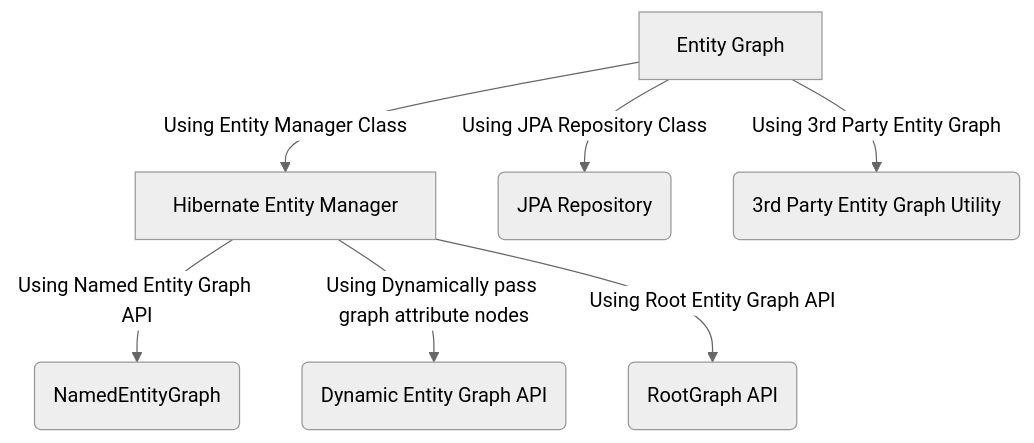
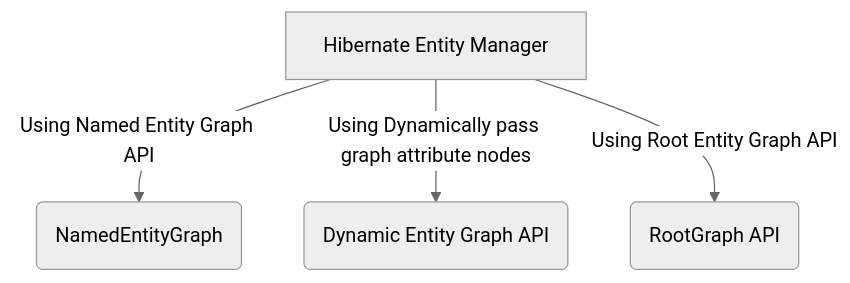
Before and after one commit to mkblogs/hibernate-entity-graph: the second of 2 diagrams in README.md, drawn with Mermaid (neutral theme).

````diff
--- a/README.md
+++ b/README.md
@@ -28,10 +28,7 @@
 ```mermaid
 graph TD
-	A[Entity Graph] -->|Using Entity Manager Class | B(Hibernate Entity Manager )
-	A[Entity Graph] -->|Using JPA Repository Class | C(JPA Repository )
-	A[Entity Graph] -->|Using 3rd Party Entity Graph | D(3rd Party Entity Graph Utility )
-	
-	B[Hibernate Entity Manager] --> | Using Named Entity Graph API | E(NamedEntityGraph)
-	B[Hibernate Entity Manager] --> | Using Dynamically pass graph attribute nodes | G(Dynamic Entity Graph API)
-	B[Hibernate Entity Manager] --> | Using Root Entity Graph API | H(RootGraph API)
+		
+	A[Hibernate Entity Manager] --> | Using Named Entity Graph API | B(NamedEntityGraph)
+	A[Hibernate Entity Manager] --> | Using Dynamically pass graph attribute nodes | C(Dynamic Entity Graph API)
+	A[Hibernate Entity Manager] --> | Using Root Entity Graph API | D(RootGraph API)
 ```
````
